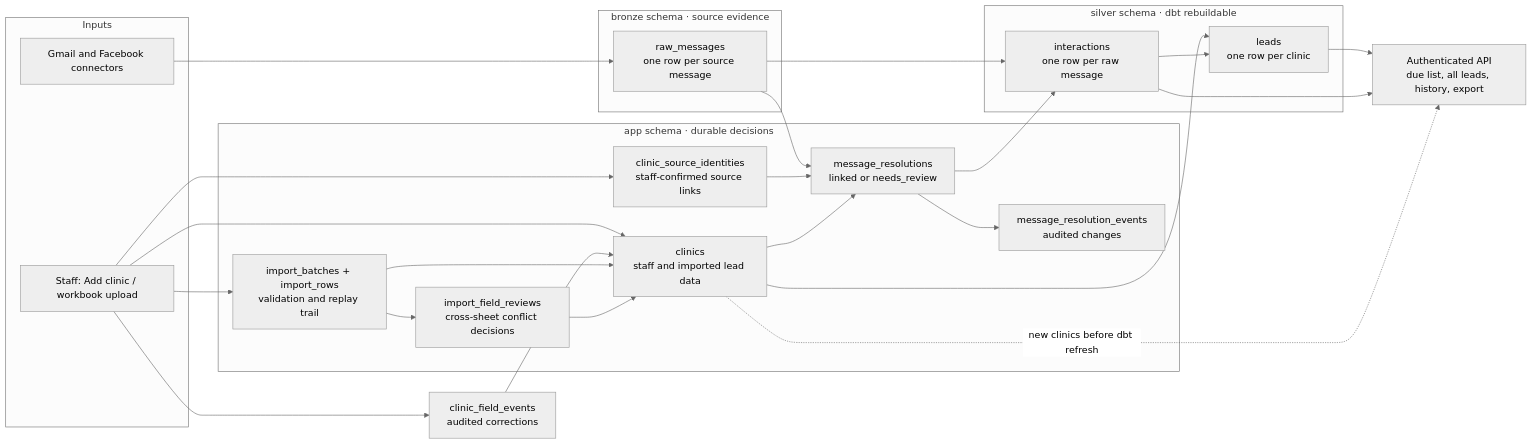
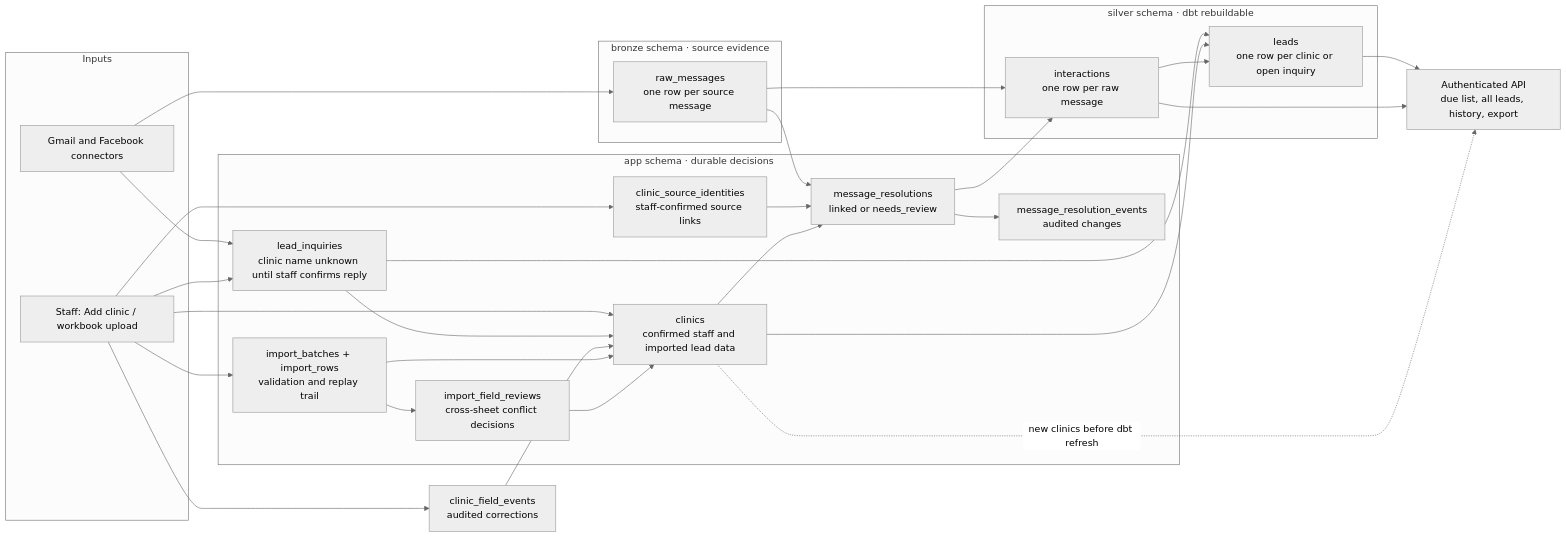
Before and after one commit to CMSC128-NexusWorks/SolNexus: the second of 2 diagrams in docs/contracts/phase1-erd-schema-draft.md, drawn with Mermaid (neutral theme). The commit also changed other lines of this file and 4 other files, not shown here.

Commit message:
docs(snx-20): define unknown-clinic inquiries and editable rows

````diff
--- a/docs/contracts/phase1-erd-schema-draft.md
+++ b/docs/contracts/phase1-erd-schema-draft.md
@@ -134,42 +152,46 @@
 ```mermaid
 flowchart LR
     subgraph INPUT["Inputs"]
         STAFF["Staff: Add clinic / workbook upload"]
         CHANNELS["Gmail and Facebook connectors"]
     end
     subgraph APP["app schema · durable decisions"]
-        CLINICS["clinics<br/>staff and imported lead data"]
+        CLINICS["clinics<br/>confirmed staff and imported lead data"]
+        INQUIRIES["lead_inquiries<br/>clinic name unknown until staff confirms reply"]
         IMPORT["import_batches + import_rows<br/>validation and replay trail"]
         IMPORTREVIEW["import_field_reviews<br/>cross-sheet conflict decisions"]
         MAPPINGS["clinic_source_identities<br/>staff-confirmed source links"]
         RESOLUTION["message_resolutions<br/>linked or needs_review"]
         RESOLUTIONEVENTS["message_resolution_events<br/>audited changes"]
     end
     subgraph BRONZE["bronze schema · source evidence"]
         RAW["raw_messages<br/>one row per source message"]
     end
     subgraph SILVER["silver schema · dbt rebuildable"]
-        LEADS["leads<br/>one row per clinic"]
+        LEADS["leads<br/>one row per clinic or open inquiry"]
         INTERACTIONS["interactions<br/>one row per raw message"]
     end
     API["Authenticated API<br/>due list, all leads, history, export"]
 
     STAFF --> CLINICS
+    CHANNELS --> INQUIRIES
+    STAFF --> INQUIRIES --> CLINICS
+    INQUIRIES --> LEADS
     STAFF --> FIELDEVENTS["clinic_field_events<br/>audited corrections"] --> CLINICS
     STAFF --> IMPORT --> CLINICS
     IMPORT --> IMPORTREVIEW
     IMPORTREVIEW --> CLINICS
     STAFF --> MAPPINGS
     CHANNELS --> RAW
     RAW --> RESOLUTION
     RESOLUTION --> RESOLUTIONEVENTS
     MAPPINGS --> RESOLUTION
     CLINICS --> RESOLUTION
     RAW --> INTERACTIONS
     RESOLUTION --> INTERACTIONS
     CLINICS --> LEADS
     INTERACTIONS --> LEADS
     LEADS --> API
     INTERACTIONS --> API
     CLINICS -. "new clinics before dbt refresh" .-> API
 ```
````
